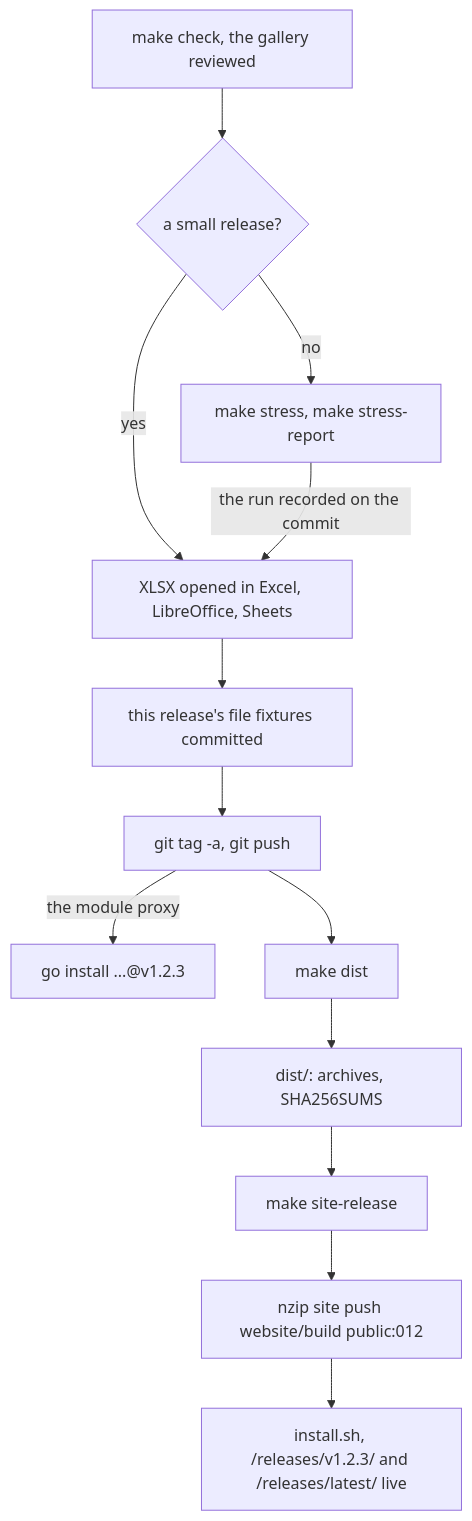
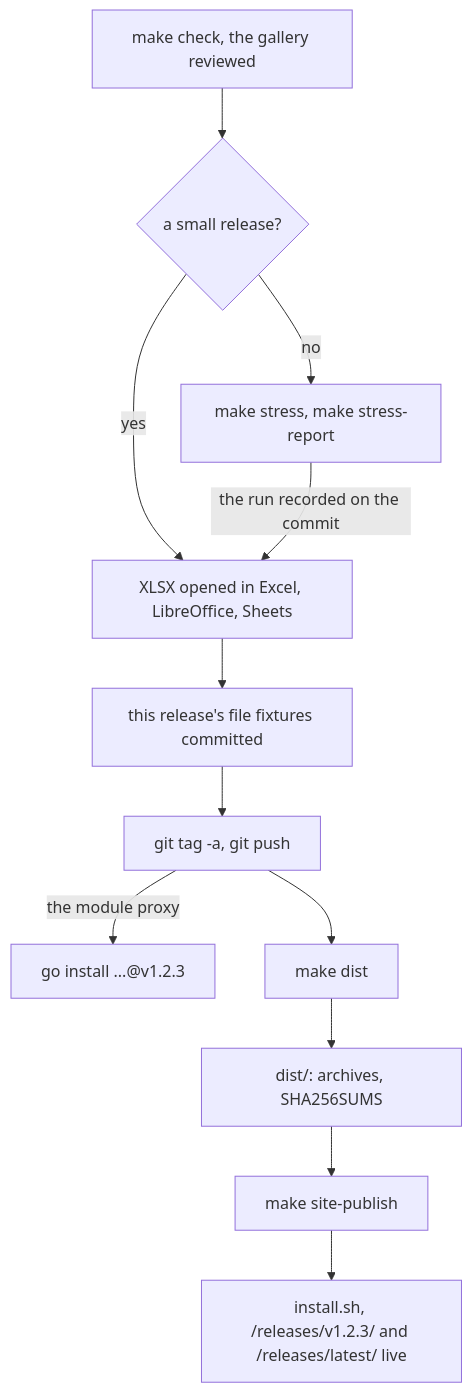
The diagram in docs/contributing/releasing.md (FelineStateMachine/012), drawn with Mermaid before and after one commit. The commit also changed other lines of this file and 8 other files, not shown here.

First line of the commit message:
Site: 012.dev.site is the site's and the install scripts' address

````diff
--- a/docs/contributing/releasing.md
+++ b/docs/contributing/releasing.md
@@ -19,15 +20,14 @@
 ```mermaid
 flowchart TD
   check[make check, the gallery reviewed] --> small{a small release?}
   small -->|no| stress[make stress, make stress-report]
   small -->|yes| xlsx
   stress -->|the run recorded on the commit| xlsx[XLSX opened in Excel, LibreOffice, Sheets]
   xlsx --> fixtures[this release's file fixtures committed]
   fixtures --> tag[git tag -a, git push]
   tag -->|the module proxy| install[go install ...@v1.2.3]
   tag --> dist[make dist]
   dist --> archives[dist/: archives, SHA256SUMS]
-  archives --> site[make site-release]
-  site --> push[nzip site push website/build public:012]
-  push --> live[install.sh, /releases/v1.2.3/ and /releases/latest/ live]
+  archives --> publish[make site-publish]
+  publish --> live[install.sh, /releases/v1.2.3/ and /releases/latest/ live]
 ```
````
